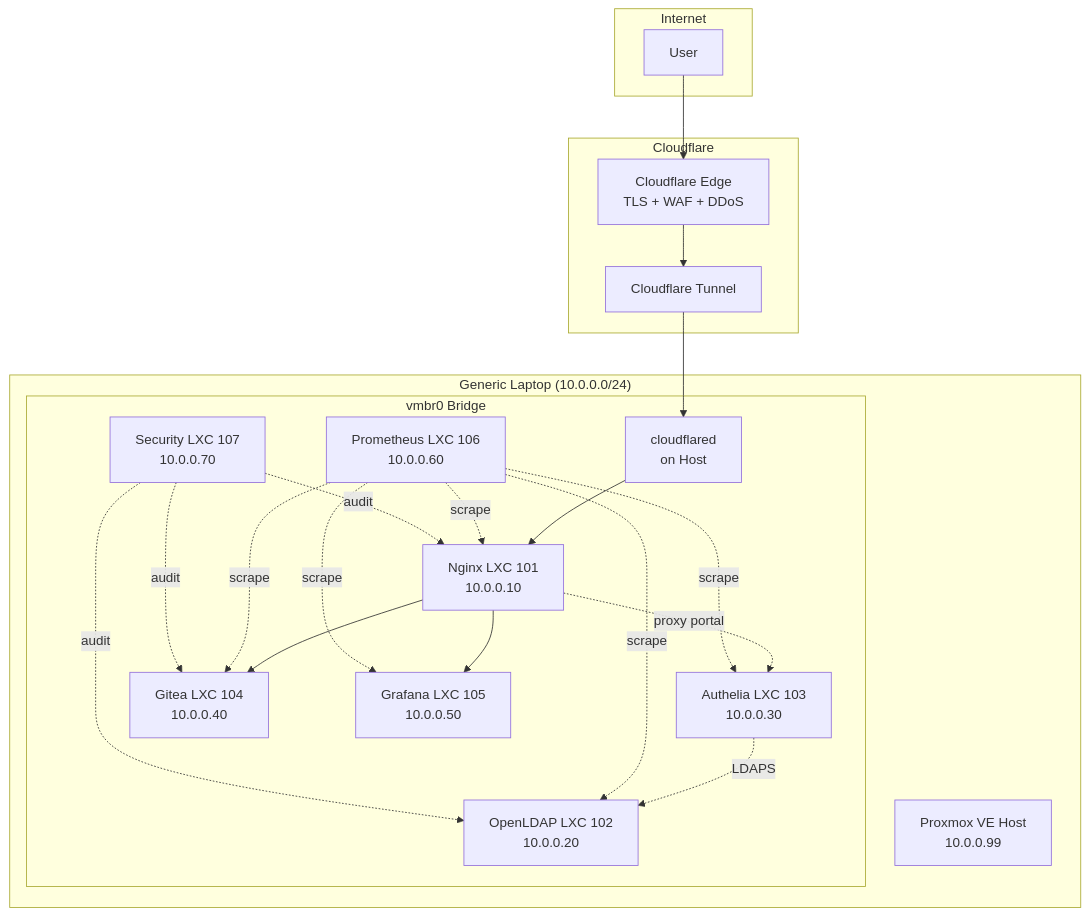
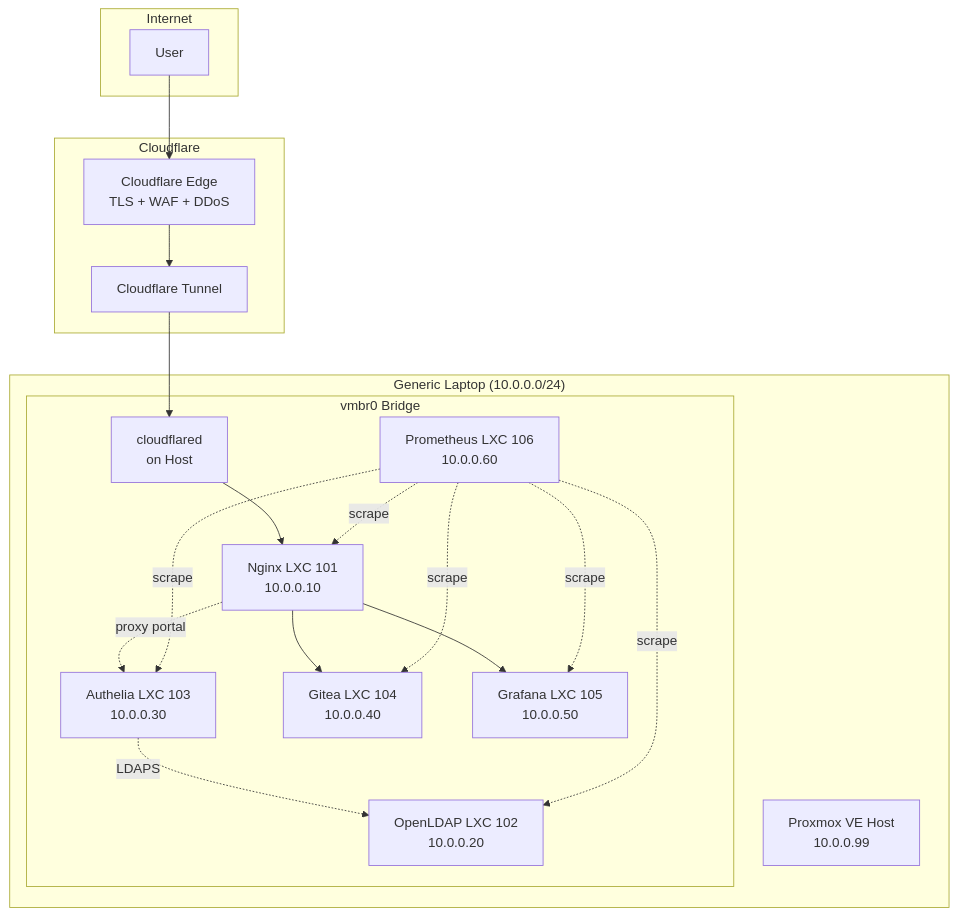
The diagram in docs/01-architecture/overview.md (dmaljkovic/proxmox-homelab), drawn with Mermaid before and after one commit. The commit also changed other lines of this file and 9 other files, not shown here.

Commit message:
Remove Phase 8 (Security LXC) from docs, diagrams, and Ansible inventory

````diff
--- a/docs/01-architecture/overview.md
+++ b/docs/01-architecture/overview.md
@@ -16,43 +16,39 @@
 ```mermaid
 graph TB
     subgraph Internet
         User[User]
     end
     
     subgraph Cloudflare
         Edge[Cloudflare Edge<br/>TLS + WAF + DDoS]
         Tunnel[Cloudflare Tunnel]
     end
     
     subgraph "Generic Laptop (10.0.0.0/24)"
         Host[Proxmox VE Host<br/>10.0.0.99]
         
         subgraph "vmbr0 Bridge"
             CF[cloudflared<br/>on Host]
             Nginx[Nginx LXC 101<br/>10.0.0.10]
             LDAP[OpenLDAP LXC 102<br/>10.0.0.20]
             Authelia[Authelia LXC 103<br/>10.0.0.30]
             Gitea[Gitea LXC 104<br/>10.0.0.40]
             Grafana[Grafana LXC 105<br/>10.0.0.50]
             Prom[Prometheus LXC 106<br/>10.0.0.60]
-            Sec[Security LXC 107<br/>10.0.0.70]
         end
     end
     
     User --> Edge
     Edge --> Tunnel
     Tunnel --> CF
     CF --> Nginx
     Nginx -.->|proxy portal| Authelia
     Authelia -.->|LDAPS| LDAP
     Nginx --> Gitea
     Nginx --> Grafana
     Prom -.->|scrape| Nginx
     Prom -.->|scrape| Gitea
     Prom -.->|scrape| Grafana
     Prom -.->|scrape| Authelia
     Prom -.->|scrape| LDAP
-    Sec -.->|audit| Nginx
-    Sec -.->|audit| LDAP
-    Sec -.->|audit| Gitea
 ```
````
